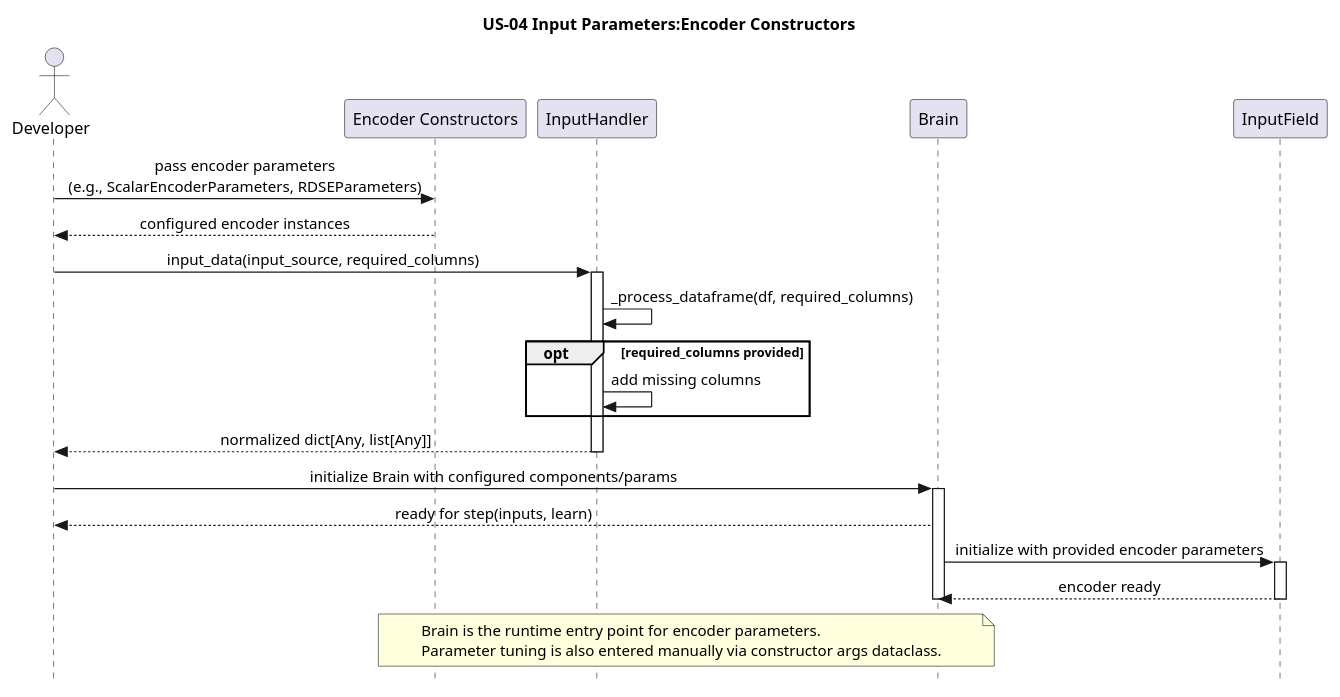
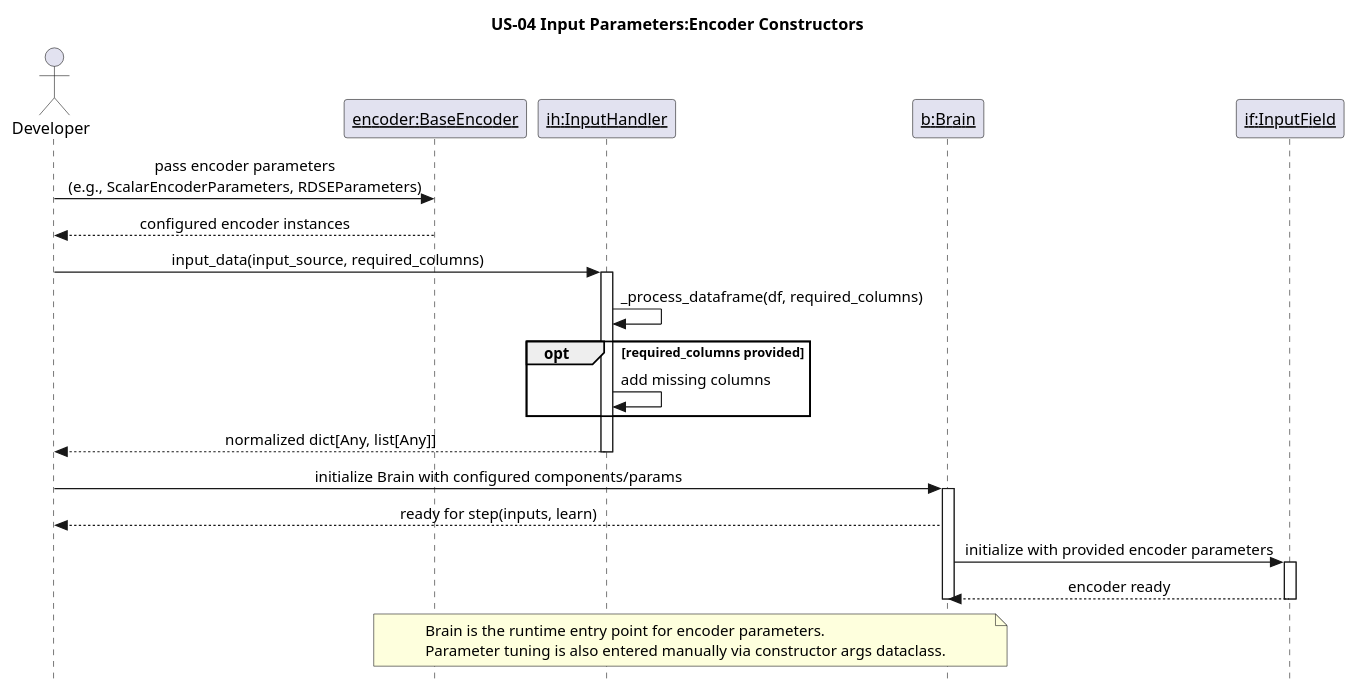
The diagram in docs/puml/US/us-04.puml (egrembocki/htmrl), drawn with PlantUML before and after one commit. The commit also changed 8 other files, not shown here.

```diff
--- a/docs/puml/US/us-04.puml
+++ b/docs/puml/US/us-04.puml
@@ -1,40 +1,40 @@
 @startuml
 skinparam style strictuml
 skinparam sequenceMessageAlign center
 skinparam responseMessageBelowArrow true
 title US-04 Input Parameters:Encoder Constructors
 
 actor Developer
-participant "Encoder Constructors" as EC
-participant "InputHandler" as IH
-participant "Brain" as B
-participant "InputField" as IFTS
+participant "<u>encoder:BaseEncoder</u>" as EC
+participant "<u>ih:InputHandler</u>" as IH
+participant "<u>b:Brain</u>" as B
+participant "<u>if:InputField</u>" as IFTS
 
 Developer -> EC: pass encoder parameters\n(e.g., ScalarEncoderParameters, RDSEParameters)
 EC --> Developer: configured encoder instances
 
 Developer -> IH: input_data(input_source, required_columns)
 activate IH
 IH -> IH: _process_dataframe(df, required_columns)
 opt required_columns provided
   IH -> IH: add missing columns
 end
 IH --> Developer: normalized dict[Any, list[Any]]
 deactivate IH
 
 Developer -> B: initialize Brain with configured components/params
 activate B
 B --> Developer: ready for step(inputs, learn)
 
 B -> IFTS: initialize with provided encoder parameters
 activate IFTS
 IFTS --> B: encoder ready
 deactivate IFTS
 
 deactivate B
 
 note over EC,B
 Brain is the runtime entry point for encoder parameters.
 Parameter tuning is also entered manually via constructor args dataclass.
 end note
 @enduml
```
